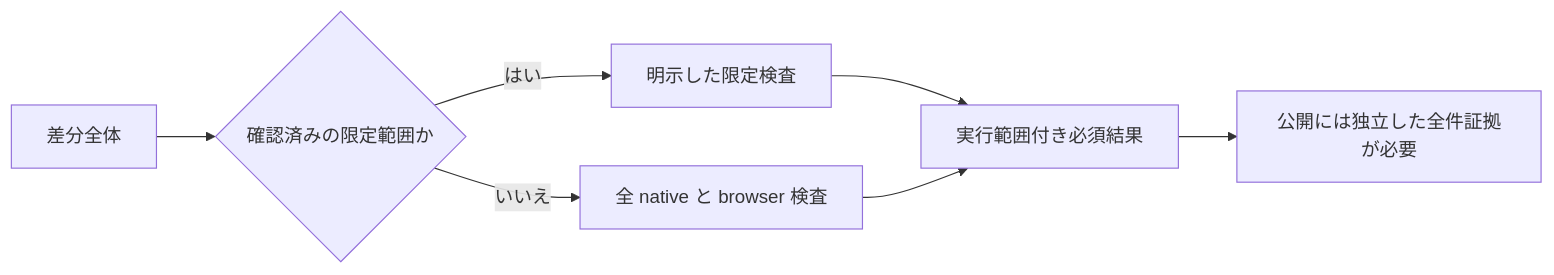
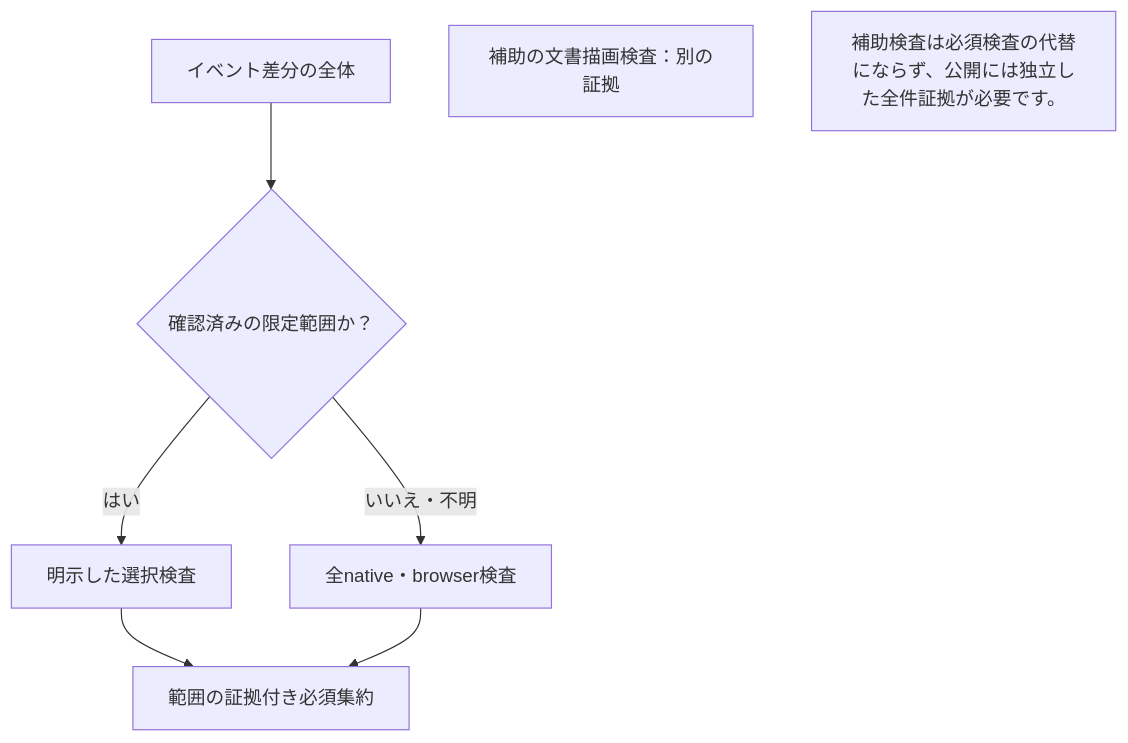
One commit to webkaz-labs/sobalink changed the diagram in docs/CI_EFFICIENCY.ja.md. Above: the diagram before and after it, drawn with Mermaid. The commit also changed 238 other files, not shown here.

First line of the commit message:
docs: explain workflows with distinct diagrams and real screen examples (#60)

````diff
--- a/docs/CI_EFFICIENCY.ja.md
+++ b/docs/CI_EFFICIENCY.ja.md
@@ -13,9 +13,13 @@
 ```mermaid
-flowchart LR
-    A[差分全体] --> B{確認済みの限定範囲か}
-    B -->|はい| C[明示した限定検査]
-    B -->|いいえ| D[全 native と browser 検査]
-    C --> E[実行範囲付き必須結果]
-    D --> E
-    E --> F[公開には独立した全件証拠が必要]
+flowchart TD
+ accTitle: 限定検査にも必須集約が必要
+ accDescr: 補助検査は必須検査の代替にならず、公開には独立した全件証拠が必要です。
+ A["イベント差分の全体"] --> B{"確認済みの限定範囲か？"}
+ B -->|はい| C["明示した選択検査"]
+ B -->|いいえ・不明| D["全native・browser検査"]
+ C --> E["範囲の証拠付き必須集約"]
+ D --> E
+ F["補助の文書描画検査：別の証拠"]
+
+ LIMIT["補助検査は必須検査の代替にならず、公開には独立した全件証拠が必要です。"]
 ```
````
